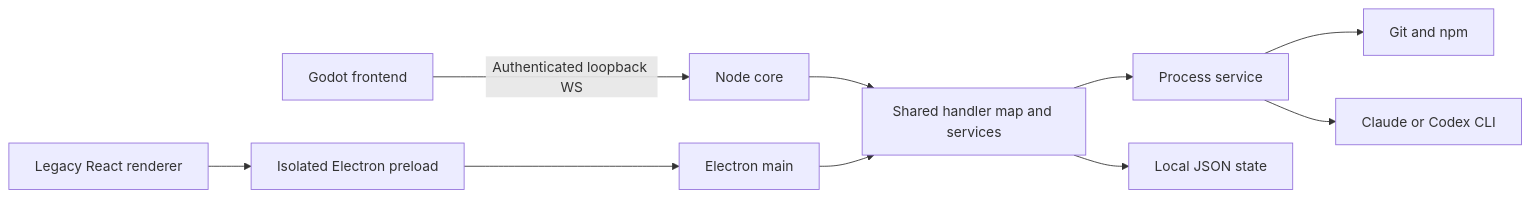
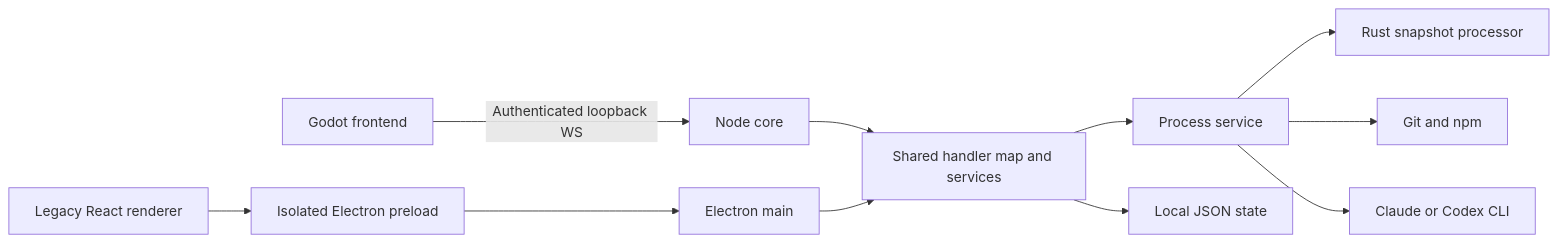
The diagram in docs/ARCHITECTURE.md (LLRHook/citybase), drawn with Mermaid before and after one commit. The commit also changed other lines of this file and 37 other files, not shown here.

First line of the commit message:
feat(core): move shared snapshot processing to rust

````diff
--- a/docs/ARCHITECTURE.md
+++ b/docs/ARCHITECTURE.md
@@ -9,12 +9,13 @@
 ```mermaid
 flowchart LR
   G[Godot frontend] -->|Authenticated loopback WS| C[Node core]
   R[Legacy React renderer] --> P[Isolated Electron preload]
   P --> E[Electron main]
   C --> H[Shared handler map and services]
   E --> H
   H --> S[Process service]
+  S --> N[Rust snapshot processor]
   S --> Git[Git and npm]
   S --> CLI[Claude or Codex CLI]
   H --> D[Local JSON state]
 ```
````
